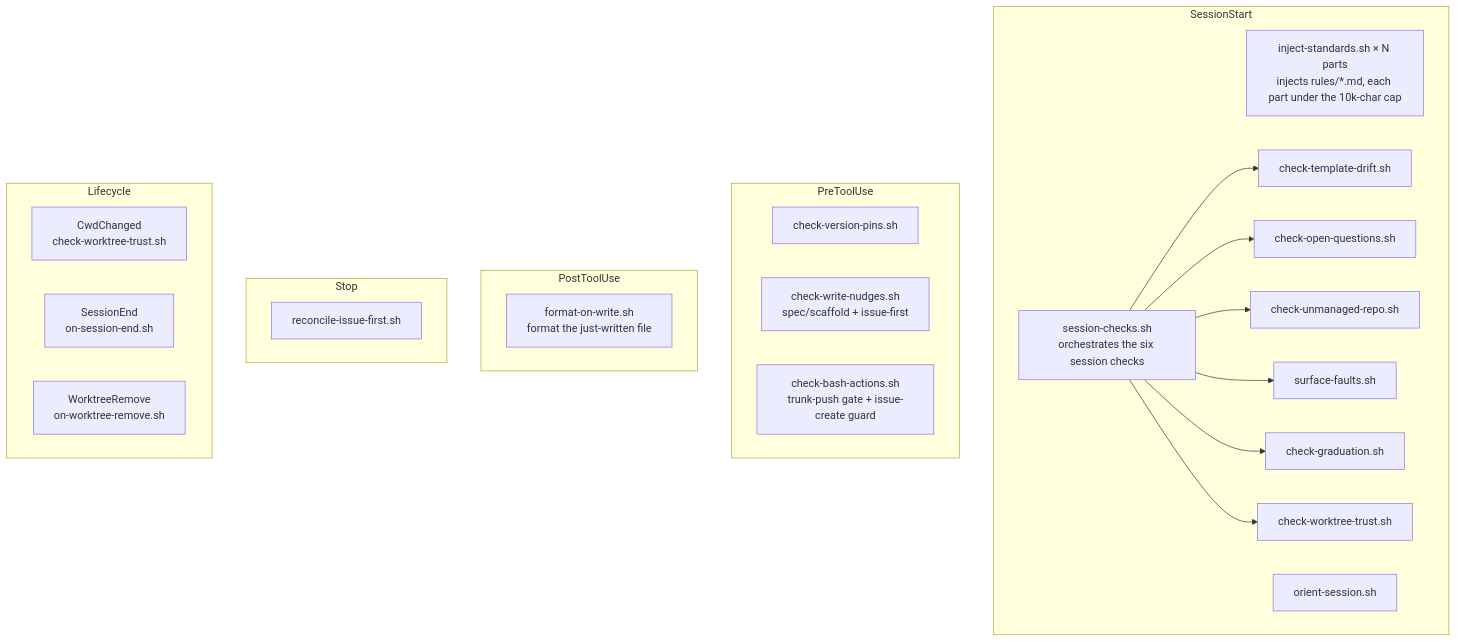
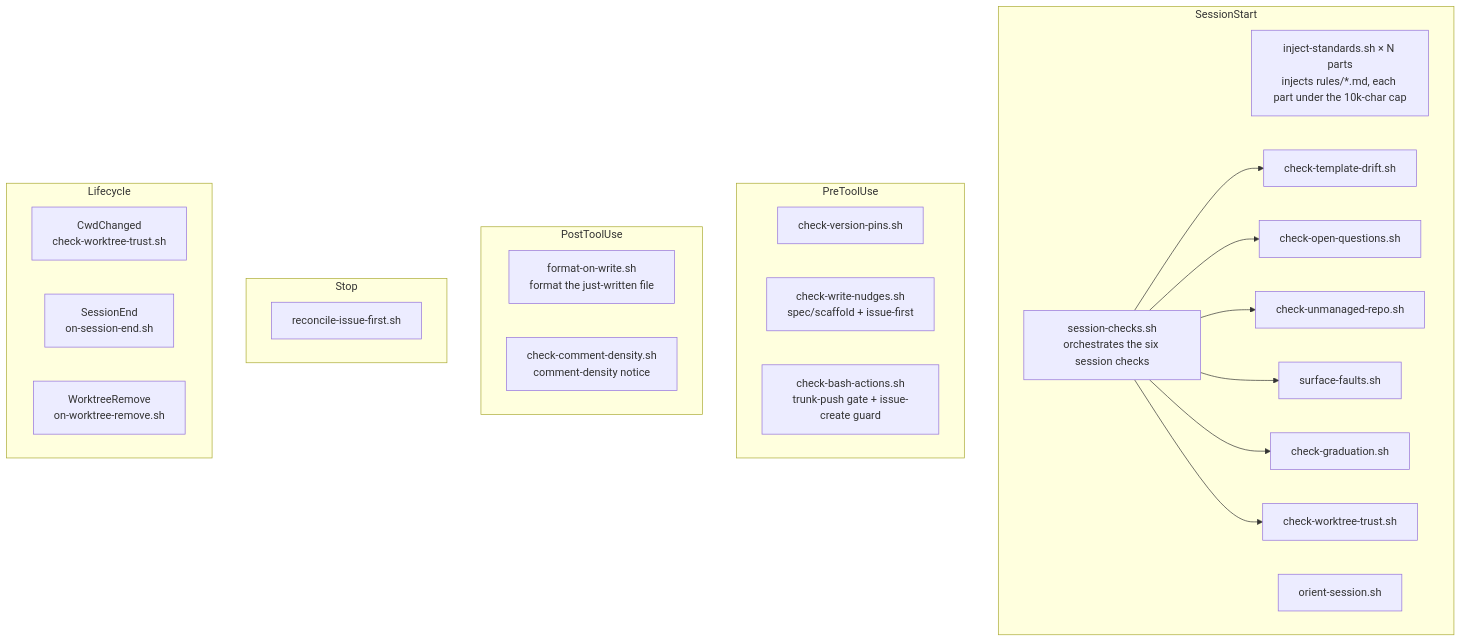
Before and after one commit to element22llc/e22-plugins: the diagram in docs/reference/hooks.md, drawn with Mermaid. The commit also changed other lines of this file and 54 other files, not shown here.

````diff
--- a/docs/reference/hooks.md
+++ b/docs/reference/hooks.md
@@ -53,30 +53,31 @@
 ```mermaid
 flowchart TD
     subgraph SessionStart
       inject[inject-standards.sh × N parts<br/>injects rules/*.md, each part under the 10k-char cap]
       checks[session-checks.sh<br/>orchestrates the six session checks]
       orient[orient-session.sh]
       checks --> drift[check-template-drift.sh]
       checks --> oq[check-open-questions.sh]
       checks --> unmanaged[check-unmanaged-repo.sh]
       checks --> faults[surface-faults.sh]
       checks --> grad[check-graduation.sh]
       checks --> wt[check-worktree-trust.sh]
     end
     subgraph PreToolUse
       pins[check-version-pins.sh]
       wn[check-write-nudges.sh<br/>spec/scaffold + issue-first]
       ba[check-bash-actions.sh<br/>trunk-push gate + issue-create guard]
     end
     subgraph PostToolUse
       fmt[format-on-write.sh<br/>format the just-written file]
+      cd[check-comment-density.sh<br/>comment-density notice]
     end
     subgraph Stop
       reconcile[reconcile-issue-first.sh]
     end
     subgraph Lifecycle
       cwd[CwdChanged<br/>check-worktree-trust.sh]
       send[SessionEnd<br/>on-session-end.sh]
       wtr[WorktreeRemove<br/>on-worktree-remove.sh]
     end
 ```
````
